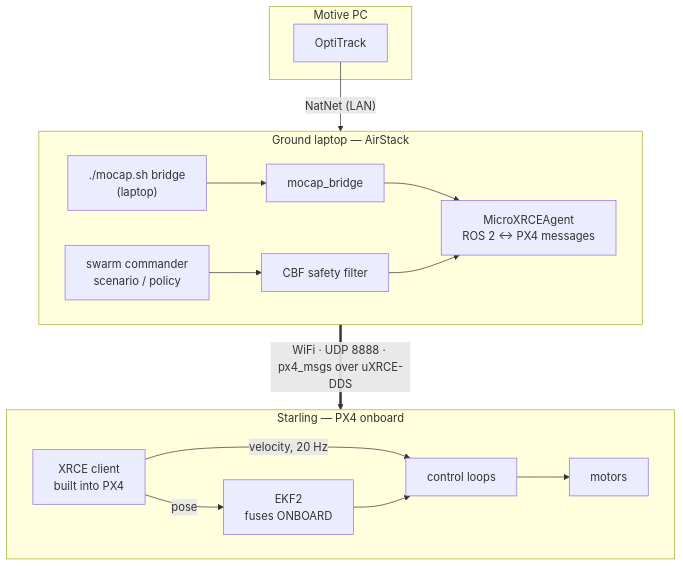
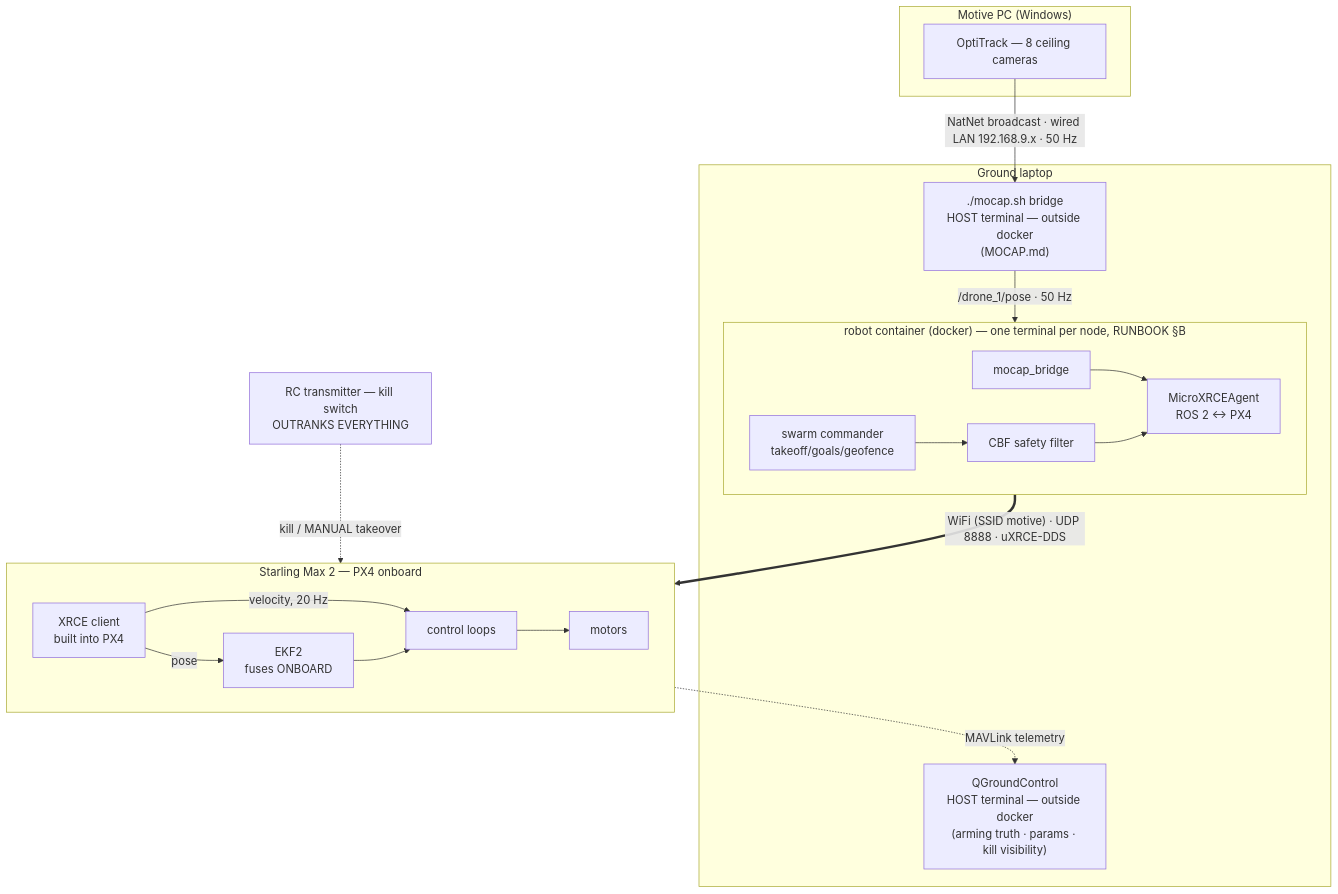
The first of 2 diagrams in README.md (AI-DA-STC/AirStack-starling-max2), drawn with Mermaid before and after one commit. The commit also changed 4 other files, not shown here.

````diff
--- a/README.md
+++ b/README.md
@@ -116,19 +116,27 @@
 ```mermaid
 flowchart TD
-  subgraph MOTIVE["Motive PC"]
-    M["OptiTrack"]
+  subgraph MOTIVE["Motive PC (Windows)"]
+    M["OptiTrack — 8 ceiling cameras"]
   end
-  subgraph LAPTOP["Ground laptop — AirStack"]
-    direction LR
-    N["./mocap.sh bridge<br/>(laptop)"] --> B["mocap_bridge"] --> X["MicroXRCEAgent<br/>ROS 2 ↔ PX4 messages"]
-    P["swarm commander<br/>scenario / policy"] --> C["CBF safety filter"] --> X
+  subgraph LAPTOP["Ground laptop"]
+    N["./mocap.sh bridge<br/>HOST terminal — outside docker<br/>(MOCAP.md)"]
+    Q["QGroundControl<br/>HOST terminal — outside docker<br/>(arming truth · params · kill visibility)"]
+    subgraph CONT["robot container (docker) — one terminal per node, RUNBOOK §B"]
+      direction LR
+      B["mocap_bridge"] --> X["MicroXRCEAgent<br/>ROS 2 ↔ PX4"]
+      P["swarm commander<br/>takeoff/goals/geofence"] --> C["CBF safety filter"] --> X
+    end
+    N -- "/drone_1/pose · 50 Hz" --> B
   end
-  subgraph DRONE["Starling — PX4 onboard"]
+  subgraph DRONE["Starling Max 2 — PX4 onboard"]
     direction LR
     K["XRCE client<br/>built into PX4"] -- "pose" --> E["EKF2<br/>fuses ONBOARD"]
     K -- "velocity, 20 Hz" --> L["control loops"]
     E --> L --> R["motors"]
   end
-  M -- "NatNet (LAN)" --> N
-  X == "WiFi · UDP 8888 · px4_msgs over uXRCE-DDS" ==> K
+  RC["RC transmitter — kill switch<br/>OUTRANKS EVERYTHING"]
+  M -- "NatNet broadcast · wired LAN 192.168.9.x · 50 Hz" --> N
+  X == "WiFi (SSID motive) · UDP 8888 · uXRCE-DDS" ==> K
+  K -. "MAVLink telemetry" .-> Q
+  RC -. "kill / MANUAL takeover" .-> K
 ```
````
